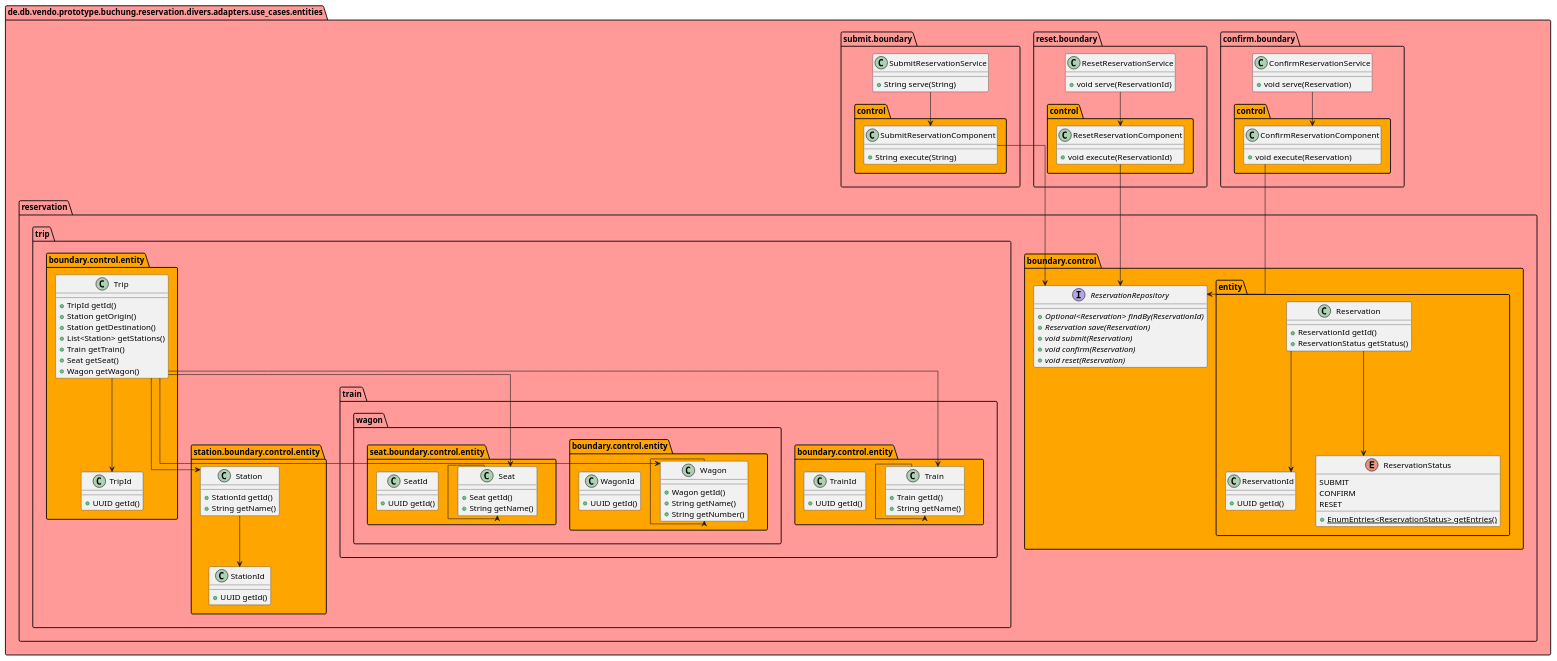
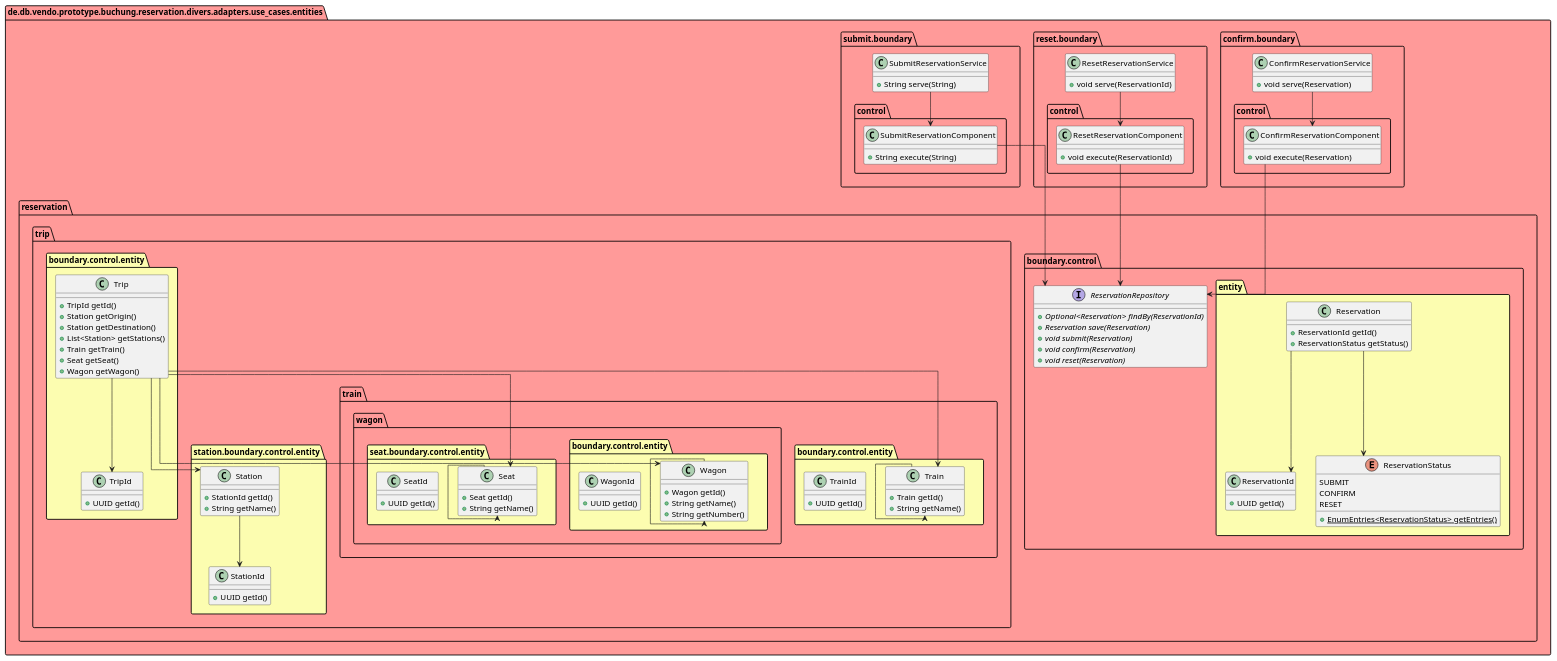
The diagram in doc/uml/puml/entities.puml (punkratz312/reservation-proto), drawn with PlantUML before and after one commit. The commit also changed 12 other files, not shown here.

```diff
--- a/doc/uml/puml/entities.puml
+++ b/doc/uml/puml/entities.puml
@@ -2,41 +2,43 @@
 !pragma useIntermediatePackages false
 skinparam linetype ortho
 show stereotype
+package divers as de.db.vendo.prototype.buchung.reservation.divers #lightblue {}
+package adapters as de.db.vendo.prototype.buchung.reservation.divers.adapters #lightblue {}
 package use_cases as de.db.vendo.prototype.buchung.reservation.divers.adapters.use_cases #ff9a99 {}
 package entities as de.db.vendo.prototype.buchung.reservation.divers.adapters.use_cases.entities #ff9a99 {}
 package confirm as de.db.vendo.prototype.buchung.reservation.divers.adapters.use_cases.entities.confirm #ff9a99 {}
 package boundary as de.db.vendo.prototype.buchung.reservation.divers.adapters.use_cases.entities.confirm.boundary #ff9a99 {}
-package control as de.db.vendo.prototype.buchung.reservation.divers.adapters.use_cases.entities.confirm.boundary.control #orange {}
+package control as de.db.vendo.prototype.buchung.reservation.divers.adapters.use_cases.entities.confirm.boundary.control #ff9a99 {}
 package reservation as de.db.vendo.prototype.buchung.reservation.divers.adapters.use_cases.entities.reservation #ff9a99 {}
 package boundary as de.db.vendo.prototype.buchung.reservation.divers.adapters.use_cases.entities.reservation.boundary #ff9a99 {}
-package control as de.db.vendo.prototype.buchung.reservation.divers.adapters.use_cases.entities.reservation.boundary.control #orange {}
-package entity as de.db.vendo.prototype.buchung.reservation.divers.adapters.use_cases.entities.reservation.boundary.control.entity #orange {}
+package control as de.db.vendo.prototype.buchung.reservation.divers.adapters.use_cases.entities.reservation.boundary.control #ff9a99 {}
+package entity as de.db.vendo.prototype.buchung.reservation.divers.adapters.use_cases.entities.reservation.boundary.control.entity #fcfdb0 {}
 package trip as de.db.vendo.prototype.buchung.reservation.divers.adapters.use_cases.entities.reservation.trip #ff9a99 {}
 package boundary as de.db.vendo.prototype.buchung.reservation.divers.adapters.use_cases.entities.reservation.trip.boundary #ff9a99 {}
-package control as de.db.vendo.prototype.buchung.reservation.divers.adapters.use_cases.entities.reservation.trip.boundary.control #orange {}
-package entity as de.db.vendo.prototype.buchung.reservation.divers.adapters.use_cases.entities.reservation.trip.boundary.control.entity #orange {}
+package control as de.db.vendo.prototype.buchung.reservation.divers.adapters.use_cases.entities.reservation.trip.boundary.control #ff9a99 {}
+package entity as de.db.vendo.prototype.buchung.reservation.divers.adapters.use_cases.entities.reservation.trip.boundary.control.entity #fcfdb0 {}
 package station as de.db.vendo.prototype.buchung.reservation.divers.adapters.use_cases.entities.reservation.trip.station #ff9a99 {}
 package boundary as de.db.vendo.prototype.buchung.reservation.divers.adapters.use_cases.entities.reservation.trip.station.boundary #ff9a99 {}
-package control as de.db.vendo.prototype.buchung.reservation.divers.adapters.use_cases.entities.reservation.trip.station.boundary.control #orange {}
-package entity as de.db.vendo.prototype.buchung.reservation.divers.adapters.use_cases.entities.reservation.trip.station.boundary.control.entity #orange {}
+package control as de.db.vendo.prototype.buchung.reservation.divers.adapters.use_cases.entities.reservation.trip.station.boundary.control #ff9a99 {}
+package entity as de.db.vendo.prototype.buchung.reservation.divers.adapters.use_cases.entities.reservation.trip.station.boundary.control.entity #fcfdb0 {}
 package train as de.db.vendo.prototype.buchung.reservation.divers.adapters.use_cases.entities.reservation.trip.train #ff9a99 {}
 package boundary as de.db.vendo.prototype.buchung.reservation.divers.adapters.use_cases.entities.reservation.trip.train.boundary #ff9a99 {}
-package control as de.db.vendo.prototype.buchung.reservation.divers.adapters.use_cases.entities.reservation.trip.train.boundary.control #orange {}
-package entity as de.db.vendo.prototype.buchung.reservation.divers.adapters.use_cases.entities.reservation.trip.train.boundary.control.entity #orange {}
+package control as de.db.vendo.prototype.buchung.reservation.divers.adapters.use_cases.entities.reservation.trip.train.boundary.control #ff9a99 {}
+package entity as de.db.vendo.prototype.buchung.reservation.divers.adapters.use_cases.entities.reservation.trip.train.boundary.control.entity #fcfdb0 {}
 package wagon as de.db.vendo.prototype.buchung.reservation.divers.adapters.use_cases.entities.reservation.trip.train.wagon #ff9a99 {}
 package boundary as de.db.vendo.prototype.buchung.reservation.divers.adapters.use_cases.entities.reservation.trip.train.wagon.boundary #ff9a99 {}
-package control as de.db.vendo.prototype.buchung.reservation.divers.adapters.use_cases.entities.reservation.trip.train.wagon.boundary.control #orange {}
-package entity as de.db.vendo.prototype.buchung.reservation.divers.adapters.use_cases.entities.reservation.trip.train.wagon.boundary.control.entity #orange {}
+package control as de.db.vendo.prototype.buchung.reservation.divers.adapters.use_cases.entities.reservation.trip.train.wagon.boundary.control #ff9a99 {}
+package entity as de.db.vendo.prototype.buchung.reservation.divers.adapters.use_cases.entities.reservation.trip.train.wagon.boundary.control.entity #fcfdb0 {}
 package seat as de.db.vendo.prototype.buchung.reservation.divers.adapters.use_cases.entities.reservation.trip.train.wagon.seat #ff9a99 {}
 package boundary as de.db.vendo.prototype.buchung.reservation.divers.adapters.use_cases.entities.reservation.trip.train.wagon.seat.boundary #ff9a99 {}
-package control as de.db.vendo.prototype.buchung.reservation.divers.adapters.use_cases.entities.reservation.trip.train.wagon.seat.boundary.control #orange {}
-package entity as de.db.vendo.prototype.buchung.reservation.divers.adapters.use_cases.entities.reservation.trip.train.wagon.seat.boundary.control.entity #orange {}
+package control as de.db.vendo.prototype.buchung.reservation.divers.adapters.use_cases.entities.reservation.trip.train.wagon.seat.boundary.control #ff9a99 {}
+package entity as de.db.vendo.prototype.buchung.reservation.divers.adapters.use_cases.entities.reservation.trip.train.wagon.seat.boundary.control.entity #fcfdb0 {}
 package reset as de.db.vendo.prototype.buchung.reservation.divers.adapters.use_cases.entities.reset #ff9a99 {}
 package boundary as de.db.vendo.prototype.buchung.reservation.divers.adapters.use_cases.entities.reset.boundary #ff9a99 {}
-package control as de.db.vendo.prototype.buchung.reservation.divers.adapters.use_cases.entities.reset.boundary.control #orange {}
+package control as de.db.vendo.prototype.buchung.reservation.divers.adapters.use_cases.entities.reset.boundary.control #ff9a99 {}
 package submit as de.db.vendo.prototype.buchung.reservation.divers.adapters.use_cases.entities.submit #ff9a99 {}
 package boundary as de.db.vendo.prototype.buchung.reservation.divers.adapters.use_cases.entities.submit.boundary #ff9a99 {}
-package control as de.db.vendo.prototype.buchung.reservation.divers.adapters.use_cases.entities.submit.boundary.control #orange {}
+package control as de.db.vendo.prototype.buchung.reservation.divers.adapters.use_cases.entities.submit.boundary.control #ff9a99 {}
 
 class "ConfirmReservationService" as de.db.vendo.prototype.buchung.reservation.divers.adapters.use_cases.entities.confirm.boundary.ConfirmReservationService {
   +void serve(Reservation)
```
